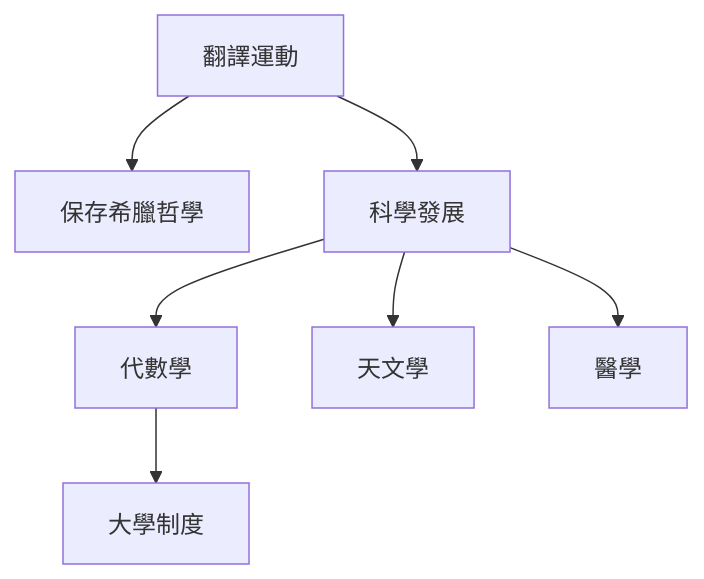
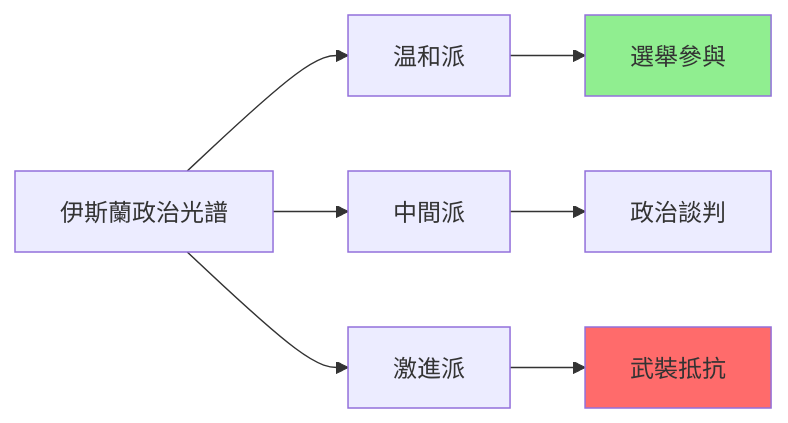
The ninth of 10 diagrams in 01_HKU_Courses/HIST2170_Islamic_world.md (yip-lgtm/HKU-Harvard-History-Self-Study), drawn with Mermaid before and after one commit. The commit also changed other lines of this file and 7 other files, not shown here.

````diff
--- a/01_HKU_Courses/HIST2170_Islamic_world.md
+++ b/01_HKU_Courses/HIST2170_Islamic_world.md
@@ -96,9 +316,11 @@
 ```mermaid
-flowchart TD
-    A[翻譯運動] --> B[保存希臘哲學]
-    A --> C[科學發展]
-    C --> D[代數學]
-    C --> E[天文學]
-    C --> F[醫學]
-    D --> G[大學制度]
+graph LR
+    A["伊斯蘭政治光譜"] --> B["温和派"]
+    A --> C["中間派"]
+    A --> D["激進派"]
+    B --> E["選舉參與"]
+    C --> F["政治談判"]
+    D --> G["武裝抵抗"]
+    style E fill:#90EE90
+    style G fill:#FF6B6B
 ```
````
